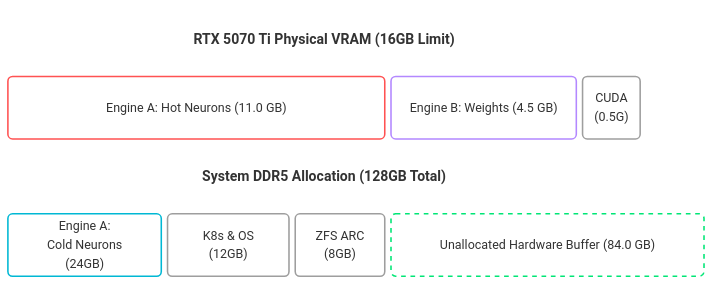
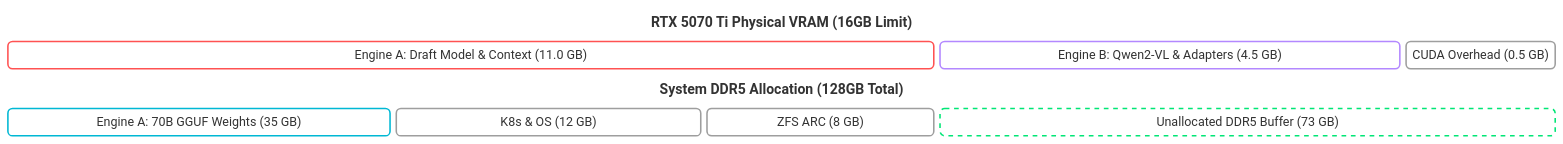
Before and after one commit to foersben/janus-synapse-edge: the diagram in docs/05. Core AI Inference Deployment (The Dual-Engine).md, drawn with Mermaid. The commit also changed other lines of this file and 12 other files, not shown here.

````diff
--- a/docs/05. Core AI Inference Deployment (The Dual-Engine).md
+++ b/docs/05. Core AI Inference Deployment (The Dual-Engine).md
@@ -50,35 +54,35 @@
 ```mermaid
 block-beta
   columns 20
   %% Hardware Equilibrium Model
 
   VRAM_TITLE["RTX 5070 Ti Physical VRAM (16GB Limit)"]:20
 
-  A_HOT["Engine A: Hot Neurons (11.0 GB)"]:12
-  B_ALL["Engine B: Weights (4.5 GB)"]:6
-  OVER["CUDA<br/>(0.5G)"]:2
+  A_HOT["Engine A: Draft Model & Context (11.0 GB)"]:12
+  B_ALL["Engine B: Qwen2-VL & Adapters (4.5 GB)"]:6
+  OVER["CUDA Overhead (0.5 GB)"]:2
 
   RAM_TITLE["System DDR5 Allocation (128GB Total)"]:20
 
-  A_COLD["Engine A:<br/>Cold Neurons<br/>(24GB)"]:5
-  K8S["K8s & OS<br/>(12GB)"]:4
-  ZFS["ZFS ARC<br/>(8GB)"]:3
-  FREE["Unallocated Hardware Buffer (84.0 GB)"]:10
+  A_COLD["Engine A: 70B GGUF Weights (35 GB)"]:5
+  K8S["K8s & OS (12 GB)"]:4
+  ZFS["ZFS ARC (8 GB)"]:3
+  FREE["Unallocated DDR5 Buffer (73 GB)"]:8
 
   %% Theme-agnostic styling (Perfect for Dark Mode)
   classDef hot fill:transparent,stroke:#ff5252,stroke-width:2px,rx:6px,ry:6px;
   classDef exec fill:transparent,stroke:#b388ff,stroke-width:2px,rx:6px,ry:6px;
   classDef sys fill:transparent,stroke:#9e9e9e,stroke-width:2px,rx:6px,ry:6px;
   classDef cold fill:transparent,stroke:#00b8d4,stroke-width:2px,rx:6px,ry:6px;
   classDef free fill:transparent,stroke:#00e676,stroke-width:2px,stroke-dasharray: 6 6,rx:6px,ry:6px;
   classDef title fill:none,stroke:none,font-weight:bold,font-size:18px;
 
   class A_HOT hot
   class B_ALL exec
   class OVER sys
   class A_COLD cold
   class K8S sys
   class ZFS sys
   class FREE free
   class VRAM_TITLE,RAM_TITLE title
 ```
````
